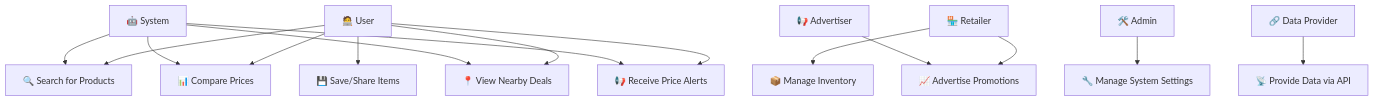
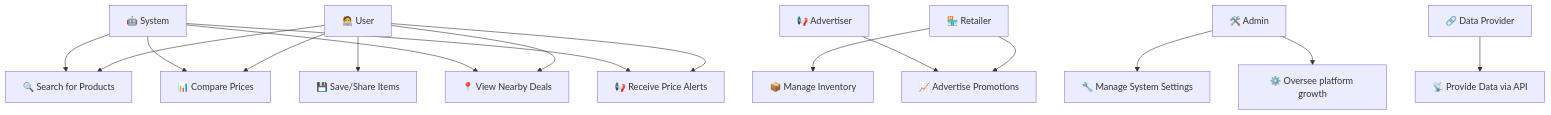
One commit to denzil-daniels-204525918/Price-aggregator-comparison-app changed the diagram in Use Case Diagrams.md. Above: the diagram before and after it, drawn with Mermaid.

Commit message:
Update Use Case Diagrams.md

````diff
--- a/Use Case Diagrams.md
+++ b/Use Case Diagrams.md
@@ -1,42 +1,44 @@
 ```mermaid
 graph TD;
   %% Define Actors
   User["🧑‍💻 User"] 
   Retailer["🏪 Retailer"]
   Admin["🛠️ Admin"]
   DataProvider["🔗 Data Provider"]
   Advertiser["📢 Advertiser"]
   System["🤖 System"]
 
   %% Define Use Cases
   A["🔍 Search for Products"]
   B["📊 Compare Prices"]
   C["📍 View Nearby Deals"]
   D["📢 Receive Price Alerts"]
   E["💾 Save/Share Items"]
   F["📦 Manage Inventory"]
   G["📡 Provide Data via API"]
   H["📈 Advertise Promotions"]
   I["🔧 Manage System Settings"]
+  J["⚙️ Oversee platform growth"]
 
   %% Relationships
   User --> A
   User --> B
   User --> C
   User --> D
   User --> E
 
   Retailer --> F
   Retailer --> H
 
   Admin --> I
+  Admin --> J
 
   DataProvider --> G
 
   Advertiser --> H
 
   System --> A
   System --> B
   System --> C
   System --> D
 ```
````
